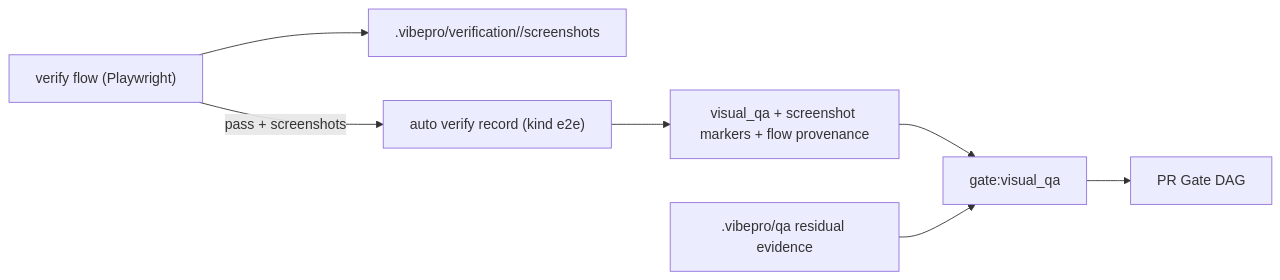
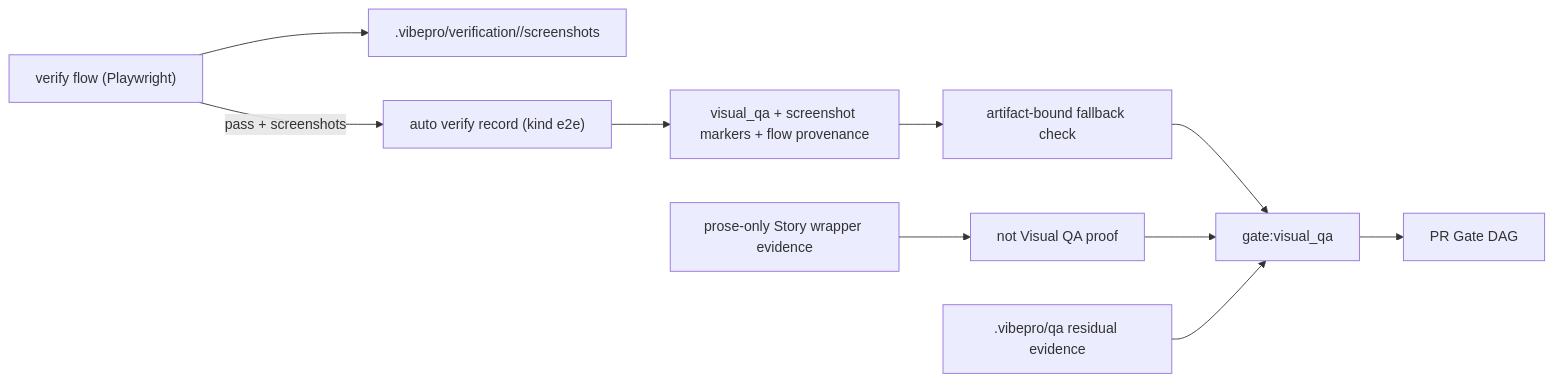
Before and after one commit to Unson-LLC/vibepro: the diagram in docs/architecture/vibepro-flow-screenshot-visual-gate-bridge.md, drawn with Mermaid. The commit also changed other lines of this file and 6 other files, not shown here.

Commit message:
fix: require artifact-backed visual qa evidence

````diff
--- a/docs/architecture/vibepro-flow-screenshot-visual-gate-bridge.md
+++ b/docs/architecture/vibepro-flow-screenshot-visual-gate-bridge.md
@@ -22,9 +23,12 @@
 ```mermaid
 flowchart LR
   Flow["verify flow (Playwright)"] --> Shots[".vibepro/verification/<run-id>/screenshots"]
   Flow -->|"pass + screenshots"| Auto["auto verify record (kind e2e)"]
   Auto --> Tokens["visual_qa + screenshot markers + flow provenance"]
-  Tokens --> Gate["gate:visual_qa"]
+  Tokens --> Bound["artifact-bound fallback check"]
+  Bound --> Gate["gate:visual_qa"]
+  Prose["prose-only Story wrapper evidence"] --> Reject["not Visual QA proof"]
+  Reject --> Gate
   Residual[".vibepro/qa residual evidence"] --> Gate
   Gate --> PR["PR Gate DAG"]
 ```
````
